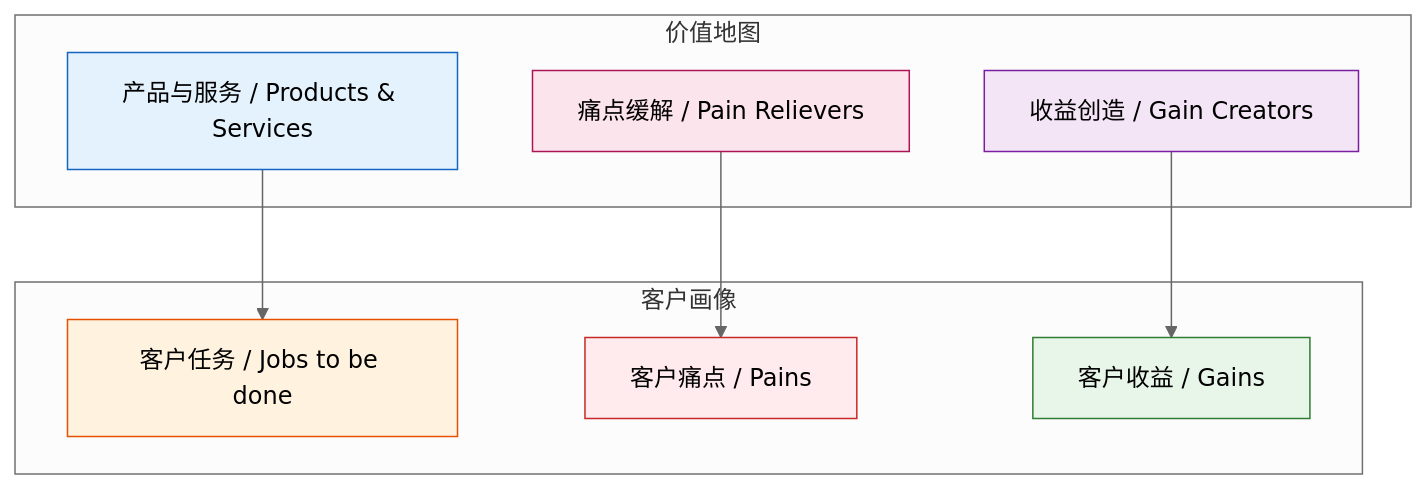
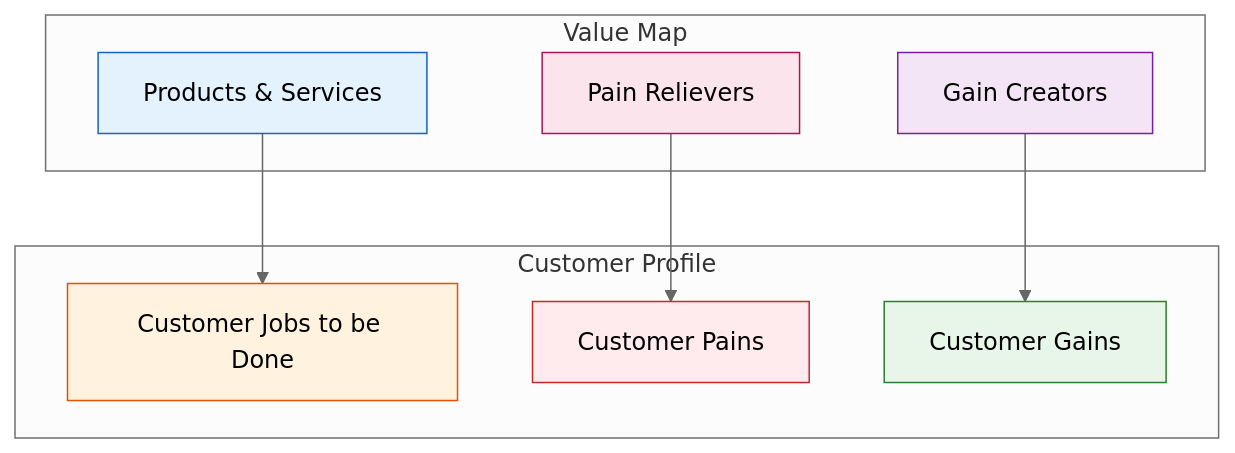
Before and after one commit to Kirky-X/cangjie: the third of 15 diagrams in templates/【模板】商业模式文档.md, drawn with Mermaid (neutral theme). The commit also changed other lines of this file and 60 other files, not shown here.

````diff
--- a/templates/【模板】商业模式文档.md
+++ b/templates/【模板】商业模式文档.md
@@ -114,25 +114,25 @@
 ```mermaid
 graph TB
-    subgraph 客户画像
-        J1[客户任务 / Jobs to be done]
-        J2[客户痛点 / Pains]
-        J3[客户收益 / Gains]
+    subgraph Customer Profile
+        J1[Customer Jobs to be Done]
+        J2[Customer Pains]
+        J3[Customer Gains]
     end
 
-    subgraph 价值地图
-        V1[产品与服务 / Products & Services]
-        V2[痛点缓解 / Pain Relievers]
-        V3[收益创造 / Gain Creators]
+    subgraph Value Map
+        V1[Products & Services]
+        V2[Pain Relievers]
+        V3[Gain Creators]
     end
 
     V1 --> J1
     V2 --> J2
     V3 --> J3
 
     style J1 fill:#fff3e0,stroke:#e65100
     style J2 fill:#ffebee,stroke:#c62828
     style J3 fill:#e8f5e9,stroke:#2e7d32
     style V1 fill:#e3f2fd,stroke:#1565c0
     style V2 fill:#fce4ec,stroke:#ad1457
     style V3 fill:#f3e5f5,stroke:#7b1fa2
 ```
````
